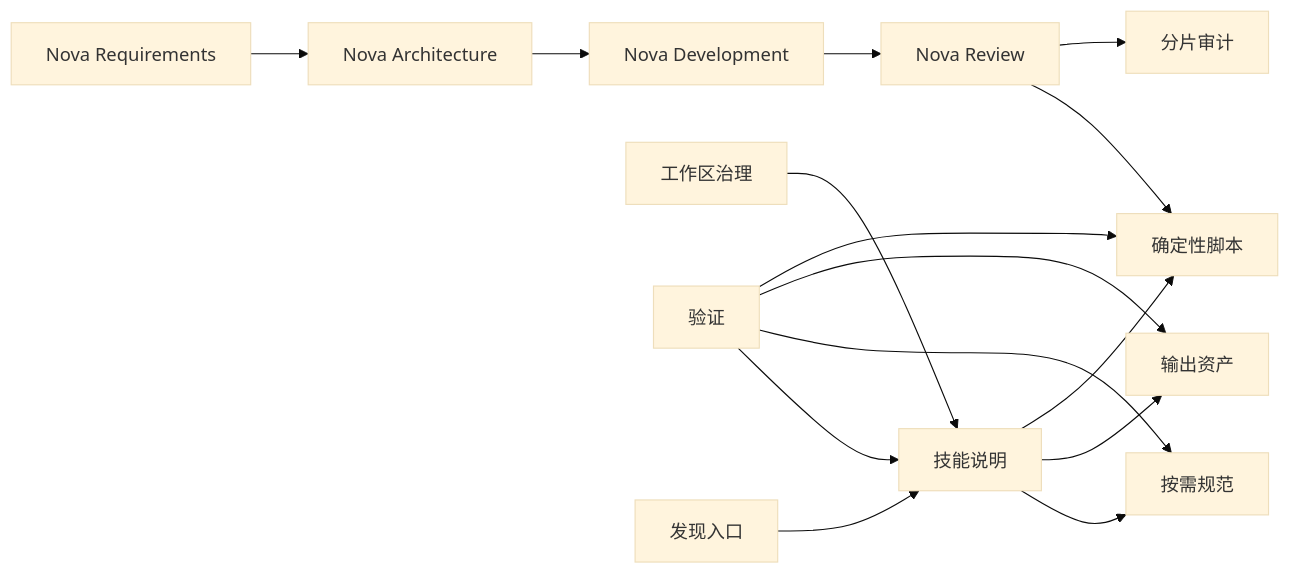
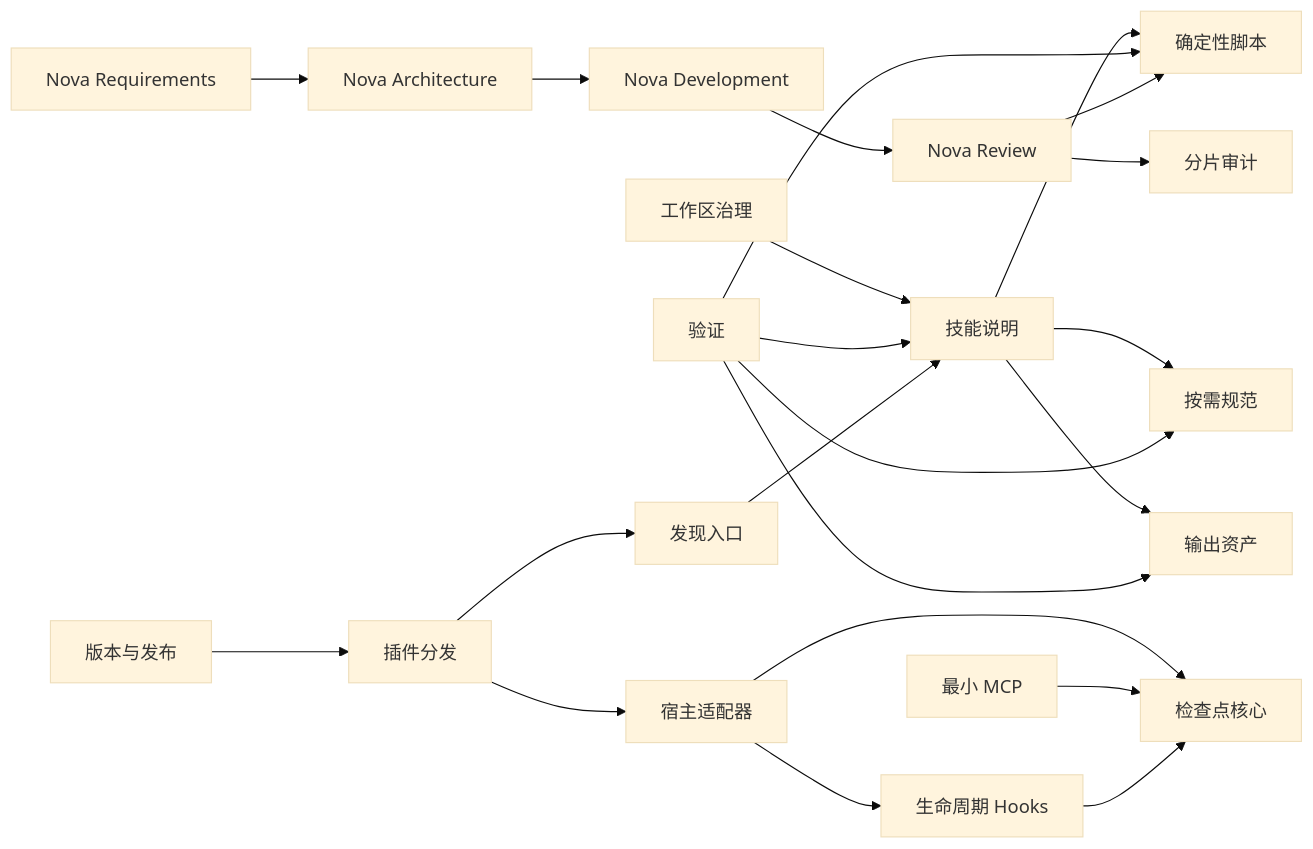
Before and after one commit to Kabulaka/nova-forge: the diagram in .nova/PROJECT_BLUEPRINT.md, drawn with Mermaid (base theme). The commit also changed other lines of this file and 6 other files, not shown here.

````diff
--- a/.nova/PROJECT_BLUEPRINT.md
+++ b/.nova/PROJECT_BLUEPRINT.md
@@ -68,17 +90,24 @@
 ```mermaid
 flowchart LR
     Requirements[Nova Requirements] --> Architecture[Nova Architecture]
     Architecture --> Development[Nova Development]
     Development --> Review[Nova Review]
     Governance[工作区治理] --> Instructions[技能说明]
     Instructions --> References[按需规范]
     Instructions --> Assets[输出资产]
     Instructions --> Scripts[确定性脚本]
     Validation[验证] --> Instructions
     Validation --> References
     Validation --> Assets
     Validation --> Scripts
     Discovery[发现入口] --> Instructions
+    Plugin[插件分发] --> Discovery
+    Plugin --> HostAdapters[宿主适配器]
+    HostAdapters --> Hooks[生命周期 Hooks]
+    HostAdapters --> StateCore[检查点核心]
+    MCP[最小 MCP] --> StateCore
+    Hooks --> StateCore
+    Release[版本与发布] --> Plugin
     Review --> Scripts
     Review --> Audit[分片审计]
 ```
````
